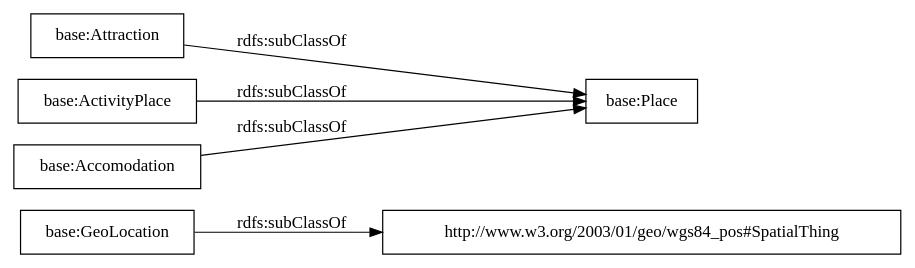
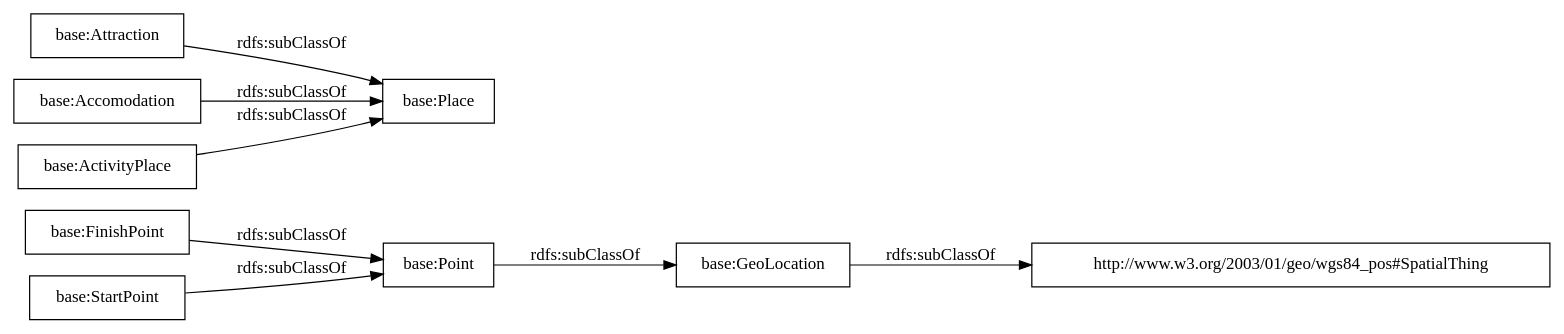
The diagram in OnToology/tourism.owl/diagrams/ar2dtool-taxonomy/tourism.owl.png.dot (abhinav290/ontology), drawn with Graphviz before and after one commit. The commit also changed 12 other files, not shown here.

```diff
--- a/OnToology/tourism.owl/diagrams/ar2dtool-taxonomy/tourism.owl.png.dot
+++ b/OnToology/tourism.owl/diagrams/ar2dtool-taxonomy/tourism.owl.png.dot
@@ -1,10 +1,13 @@
 digraph ar2dtool_diagram { 
 rankdir=LR;
 size="1000"
-node [shape = rectangle, color="black"]; "http://www.w3.org/2003/01/geo/wgs84_pos#SpatialThing" "base:Place" "base:GeoLocation" "base:Attraction" "base:ActivityPlace" "base:Accomodation" ; /*classes style*/
-	"base:Attraction" -> "base:Place" [ label = "rdfs:subClassOf" ];
+node [shape = rectangle, color="black"]; "base:FinishPoint" "base:Attraction" "base:Accomodation" "http://www.w3.org/2003/01/geo/wgs84_pos#SpatialThing" "base:Point" "base:StartPoint" "base:Place" "base:ActivityPlace" "base:GeoLocation" ; /*classes style*/
+	"base:Point" -> "base:GeoLocation" [ label = "rdfs:subClassOf" ];
 	"base:ActivityPlace" -> "base:Place" [ label = "rdfs:subClassOf" ];
+	"base:StartPoint" -> "base:Point" [ label = "rdfs:subClassOf" ];
+	"base:FinishPoint" -> "base:Point" [ label = "rdfs:subClassOf" ];
 	"base:Accomodation" -> "base:Place" [ label = "rdfs:subClassOf" ];
 	"base:GeoLocation" -> "http://www.w3.org/2003/01/geo/wgs84_pos#SpatialThing" [ label = "rdfs:subClassOf" ];
+	"base:Attraction" -> "base:Place" [ label = "rdfs:subClassOf" ];
 
 }
```
